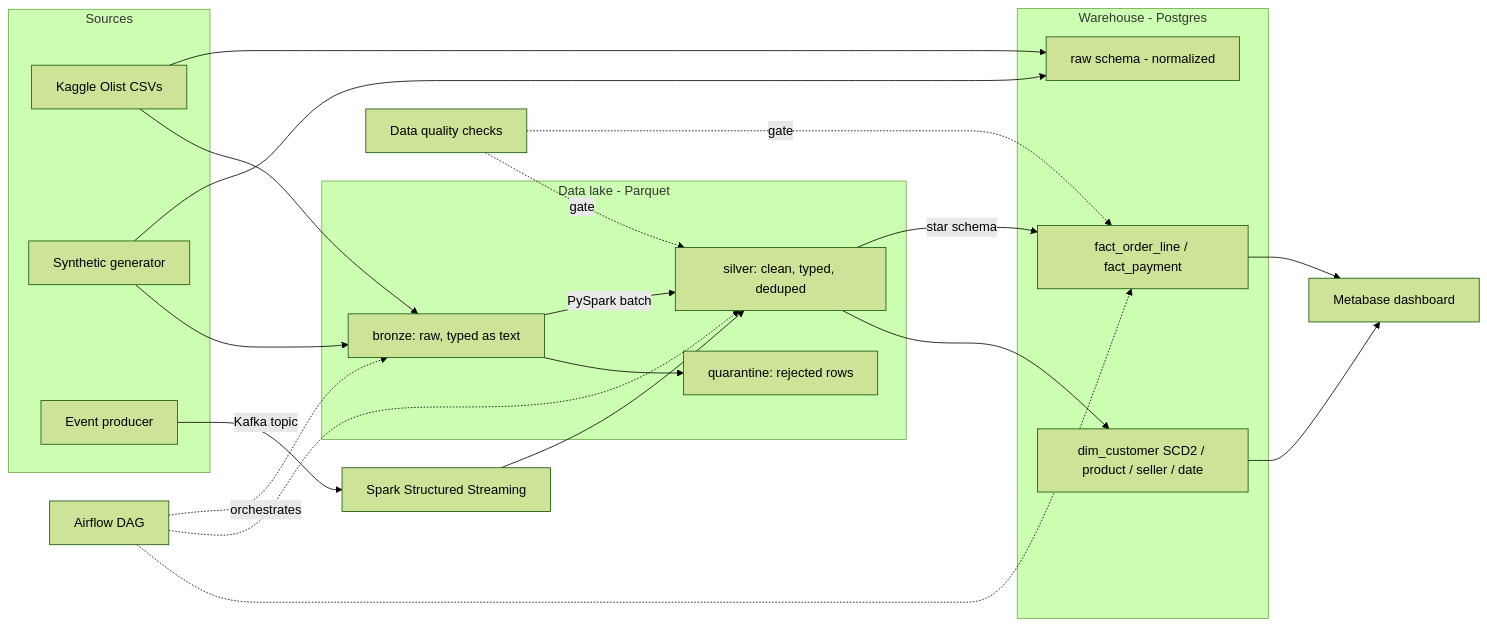
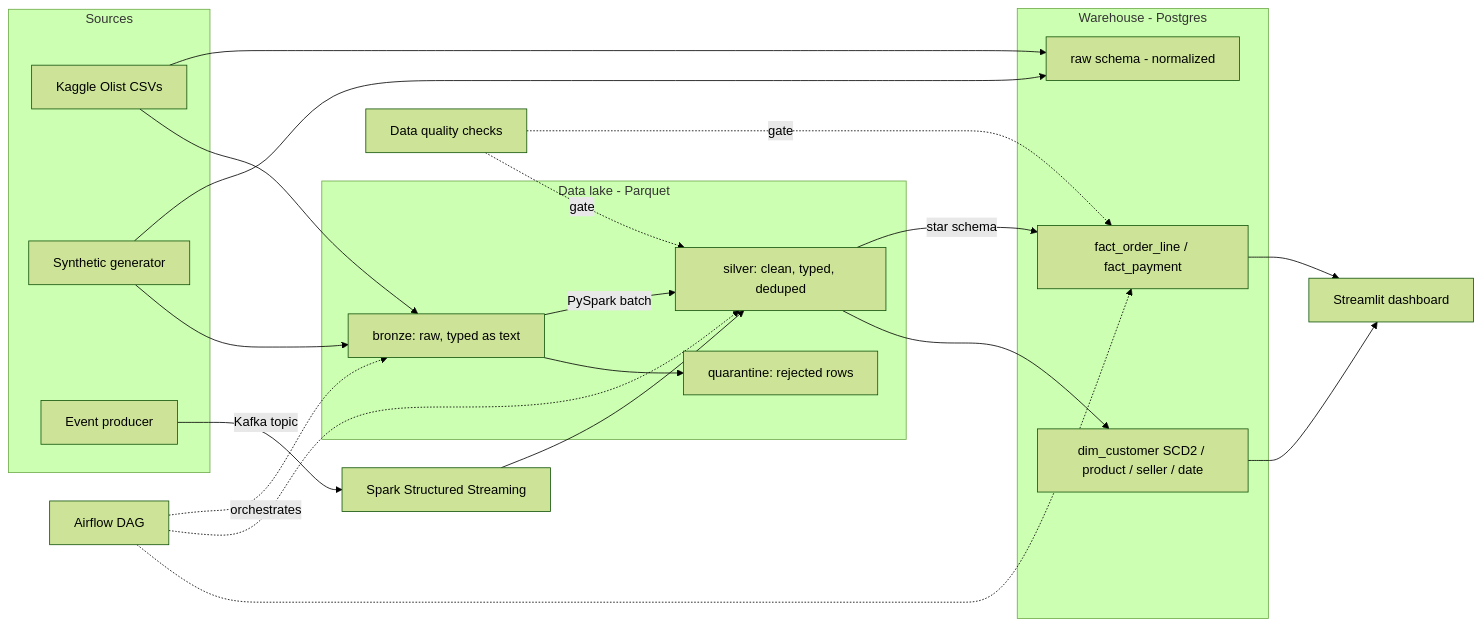
The diagram in docs/ROADMAP.md (manojhunasimarad/ETL), drawn with Mermaid (forest theme) before and after one commit. The commit also changed other lines of this file and 19 other files, not shown here.

First line of the commit message:
Step 6: 10 business questions in SQL and a Streamlit dashboard

````diff
--- a/docs/ROADMAP.md
+++ b/docs/ROADMAP.md
@@ -54,34 +54,34 @@
 ```mermaid
 flowchart LR
     subgraph sources[Sources]
         K[Kaggle Olist CSVs]
         G[Synthetic generator]
         P[Event producer]
     end
     subgraph lake[Data lake - Parquet]
         B[bronze: raw, typed as text]
         S[silver: clean, typed, deduped]
         Q[quarantine: rejected rows]
     end
     subgraph wh[Warehouse - Postgres]
         R[raw schema - normalized]
         F[fact_order_line / fact_payment]
         D[dim_customer SCD2 / product / seller / date]
     end
     K --> R
     G --> R
     K --> B
     G --> B
     P -->|Kafka topic| SS[Spark Structured Streaming] --> S
     B -->|PySpark batch| S
     B --> Q
     S -->|star schema| F
     S --> D
-    F --> M[Metabase dashboard]
+    F --> M[Streamlit dashboard]
     D --> M
     AF[Airflow DAG] -.orchestrates.-> B
     AF -.-> S
     AF -.-> F
     DQ[Data quality checks] -.gate.-> S
     DQ -.gate.-> F
 ```
````
